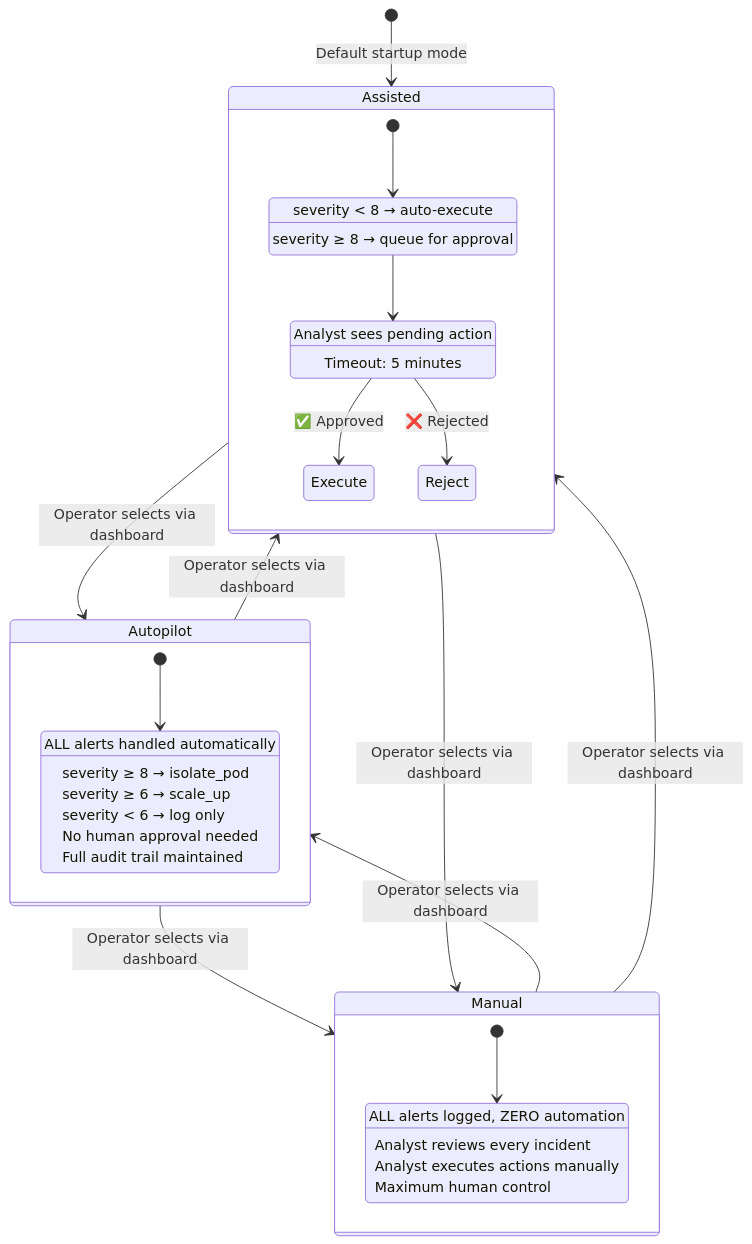
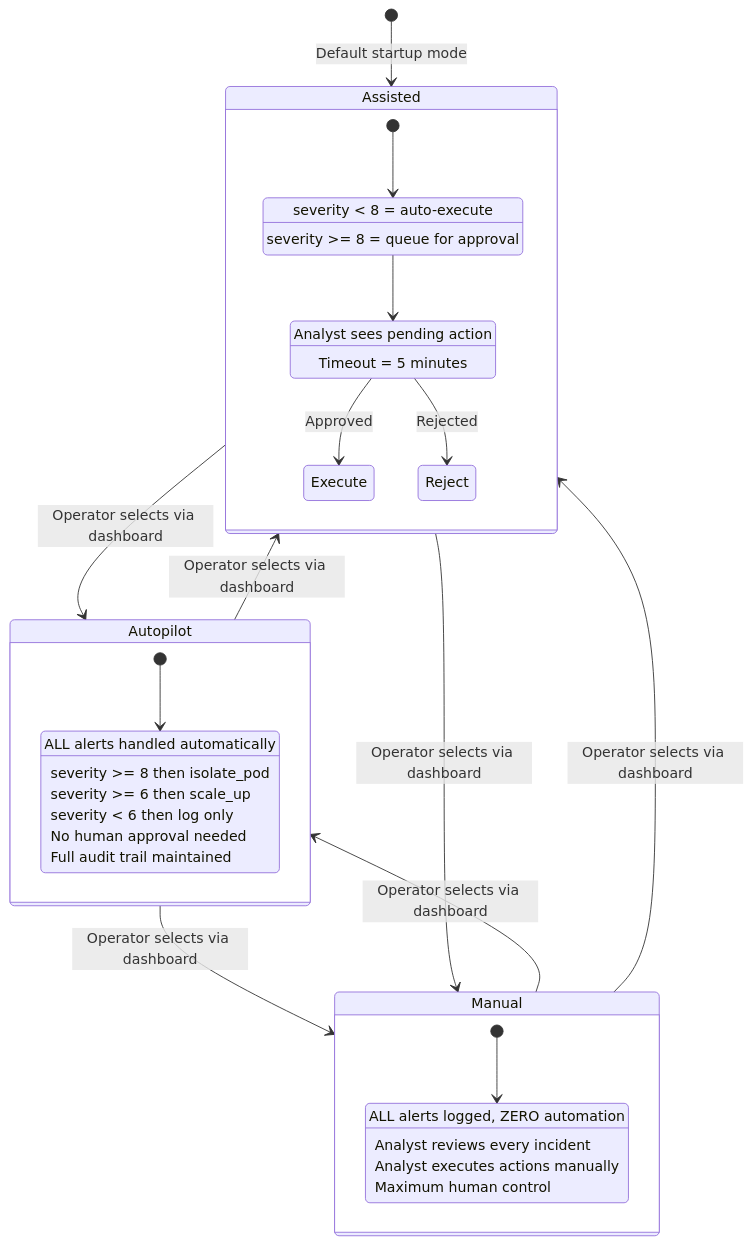
Before and after one commit to Alqaly/smart-city-ids: the ninth of 20 diagrams in docs/CAPSTONE_FIGURES.md, drawn with Mermaid. The commit also changed other lines of this file and 25 other files, not shown here.

First line of the commit message:
Add 20 figure PNGs + update report with embedded images

````diff
--- a/docs/CAPSTONE_FIGURES.md
+++ b/docs/CAPSTONE_FIGURES.md
@@ -434,42 +434,42 @@
 ```mermaid
 stateDiagram-v2
     [*] --> Assisted : Default startup mode
 
     Autopilot --> Assisted : Operator selects via dashboard
     Autopilot --> Manual : Operator selects via dashboard
 
     Assisted --> Autopilot : Operator selects via dashboard
     Assisted --> Manual : Operator selects via dashboard
 
     Manual --> Autopilot : Operator selects via dashboard
     Manual --> Assisted : Operator selects via dashboard
 
     state Autopilot {
         [*] --> AutoDecision
         AutoDecision : ALL alerts handled automatically
-        AutoDecision : severity ≥ 8 → isolate_pod
-        AutoDecision : severity ≥ 6 → scale_up
-        AutoDecision : severity < 6 → log only
+        AutoDecision : severity >= 8 then isolate_pod
+        AutoDecision : severity >= 6 then scale_up
+        AutoDecision : severity < 6 then log only
         AutoDecision : No human approval needed
         AutoDecision : Full audit trail maintained
     }
 
     state Assisted {
         [*] --> AssistedDecision
-        AssistedDecision : severity < 8 → auto-execute
-        AssistedDecision : severity ≥ 8 → queue for approval
+        AssistedDecision : severity < 8 = auto-execute
+        AssistedDecision : severity >= 8 = queue for approval
         AssistedDecision --> WaitApproval
         WaitApproval : Analyst sees pending action
-        WaitApproval : Timeout: 5 minutes
-        WaitApproval --> Execute : ✅ Approved
-        WaitApproval --> Reject : ❌ Rejected
+        WaitApproval : Timeout = 5 minutes
+        WaitApproval --> Execute : Approved
+        WaitApproval --> Reject : Rejected
     }
 
     state Manual {
         [*] --> ManualOps
         ManualOps : ALL alerts logged, ZERO automation
         ManualOps : Analyst reviews every incident
         ManualOps : Analyst executes actions manually
         ManualOps : Maximum human control
     }
 ```
````
